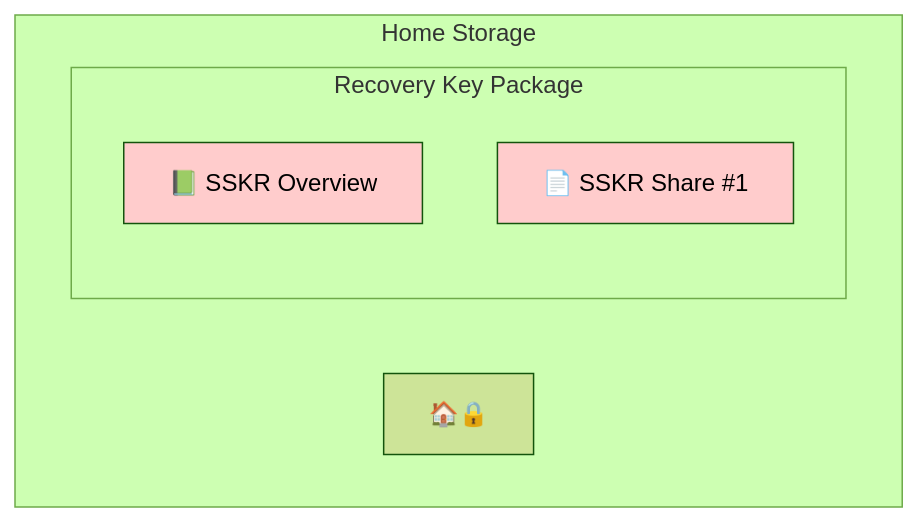
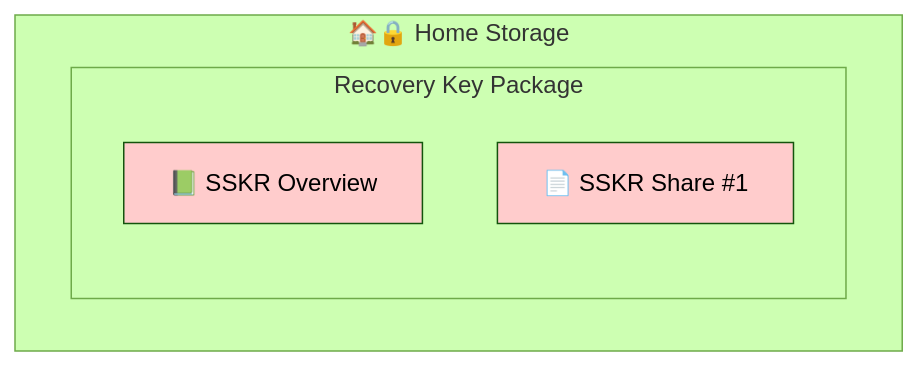
Before and after one commit to BlockchainCommons/SmartCustody: diagram 15 of 26 in Docs/Scenario-Multisig.md, drawn with Mermaid (forest theme).

````diff
--- a/Docs/Scenario-Multisig.md
+++ b/Docs/Scenario-Multisig.md
@@ -556,12 +556,11 @@
     ```mermaid
     graph TD
-    subgraph "Home Storage"
-      AMeta["🏠🔒"]
+    subgraph "🏠🔒 Home Storage"
       subgraph "Recovery Key Package"
       A["📗 SSKR Overview"]
       B["📄 SSKR Share #1"]
       end
     end
     style A fill:#ffcccc;
     style B fill:#ffcccc;
     ```
````
